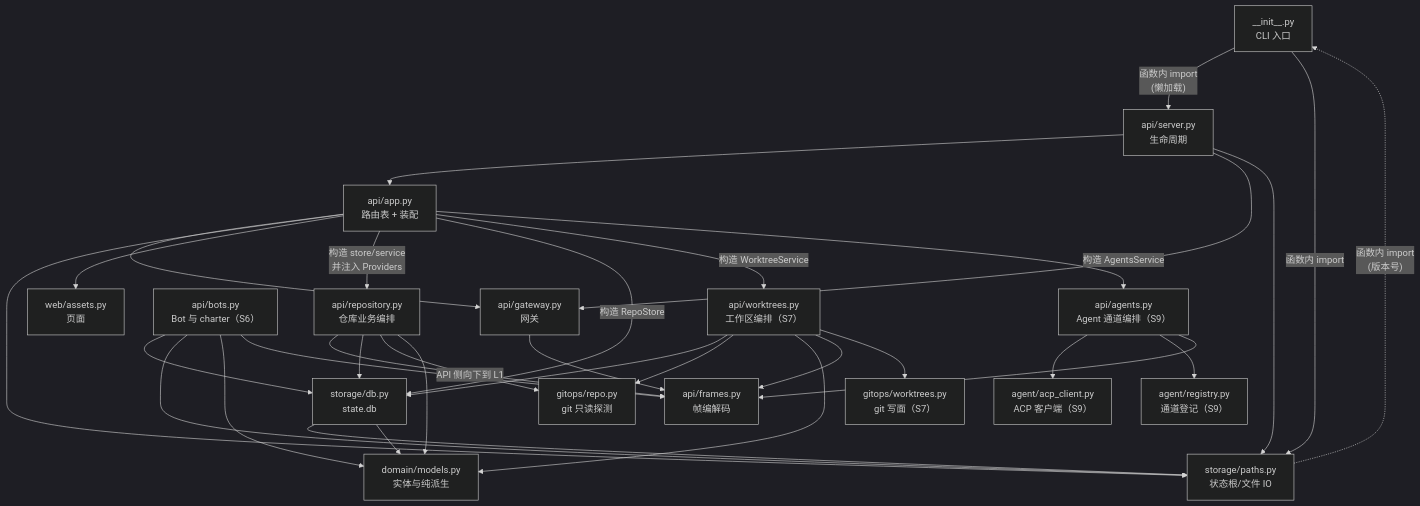
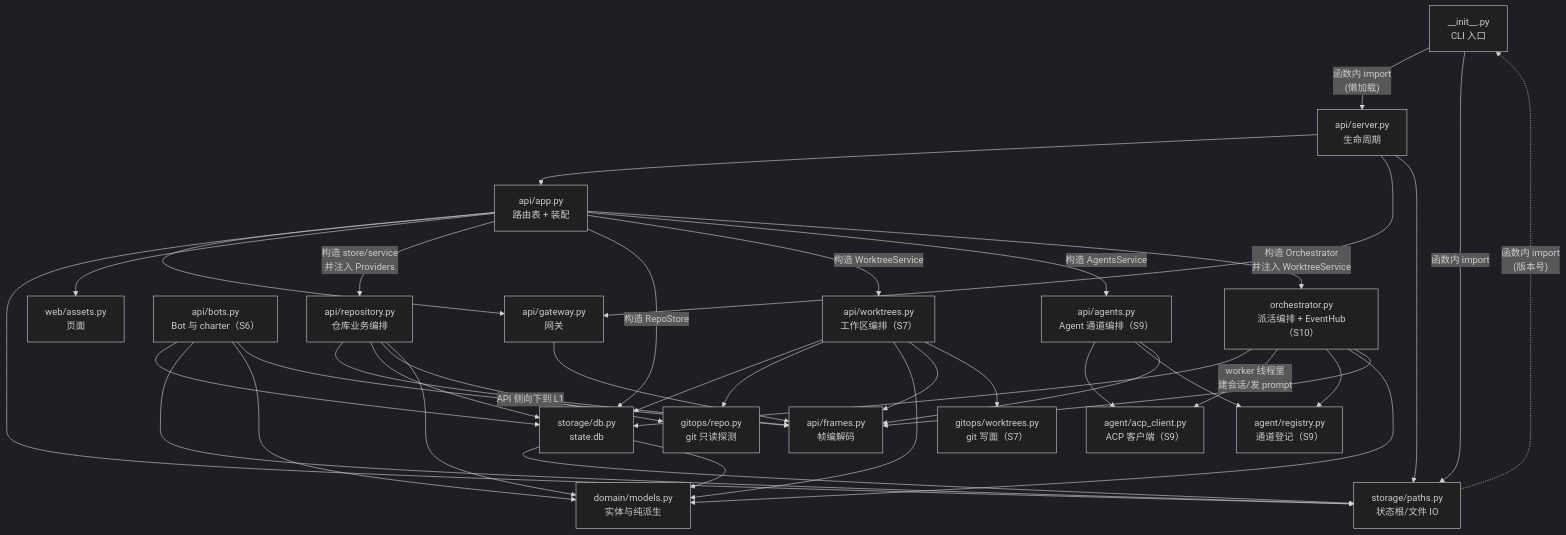
One commit to postel-studio/postel-studio changed the diagram in docs/codemap/02-layers.md. Above: the diagram before and after it, drawn with Mermaid (dark theme). The commit also changed other lines of this file and 12 other files, not shown here.

````diff
--- a/docs/codemap/02-layers.md
+++ b/docs/codemap/02-layers.md
@@ -50,53 +55,60 @@
 ```mermaid
 graph TD
     CLI["__init__.py<br/>CLI 入口"]
     SRV["api/server.py<br/>生命周期"]
     APP["api/app.py<br/>路由表 + 装配"]
     GW["api/gateway.py<br/>网关"]
     FR["api/frames.py<br/>帧编解码"]
     RS["api/repository.py<br/>仓库业务编排"]
     BT["api/bots.py<br/>Bot 与 charter（S6）"]
     WT["api/worktrees.py<br/>工作区编排（S7）"]
     AGT["api/agents.py<br/>Agent 通道编排（S9）"]
+    ORC["orchestrator.py<br/>派活编排 + EventHub（S10）"]
     AS["web/assets.py<br/>页面"]
     DB["storage/db.py<br/>state.db"]
     PA["storage/paths.py<br/>状态根/文件 IO"]
     GO["gitops/repo.py<br/>git 只读探测"]
     GW2["gitops/worktrees.py<br/>git 写面（S7）"]
     AC["agent/acp_client.py<br/>ACP 客户端（S9）"]
     AR["agent/registry.py<br/>通道登记（S9）"]
     DM["domain/models.py<br/>实体与纯派生"]
 
     CLI -->|"函数内 import<br/>(懒加载)"| SRV
     CLI -->|"函数内 import"| PA
     SRV --> APP
     SRV --> GW
     SRV --> PA
     APP --> GW
     APP --> PA
     APP --> AS
     APP -->|"构造 store/service<br/>并注入 Providers"| RS
     APP -->|"构造 RepoStore"| DB
     GW --> FR
     RS -->|"API 侧向下到 L1"| FR
     RS --> DB
     RS --> GO
     RS --> DM
     BT --> DB
     BT --> PA
     BT --> DM
     BT --> FR
     APP -->|"构造 WorktreeService"| WT
     WT --> DB
     WT --> GO
     WT --> DM
     WT --> FR
     WT --> GW2
     APP -->|"构造 AgentsService"| AGT
     AGT --> AC
     AGT --> AR
     AGT --> FR
+    APP -->|"构造 Orchestrator<br/>并注入 WorktreeService"| ORC
+    ORC --> DB
+    ORC -->|"worker 线程里<br/>建会话/发 prompt"| AC
+    ORC --> AR
+    ORC --> DM
+    ORC --> FR
     DB --> PA
     DB --> DM
     PA -.->|"函数内 import<br/>(版本号)"| CLI
 ```
````
